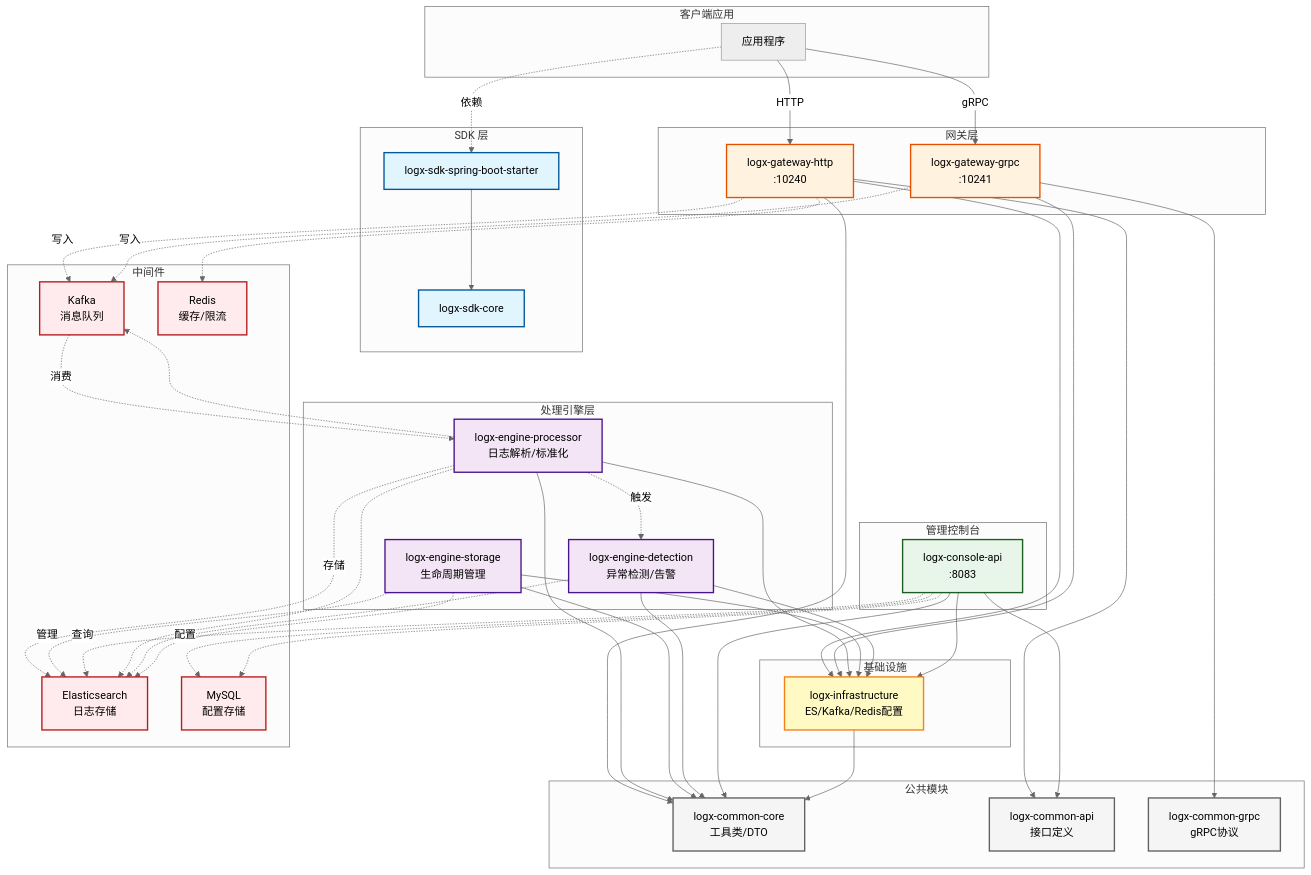
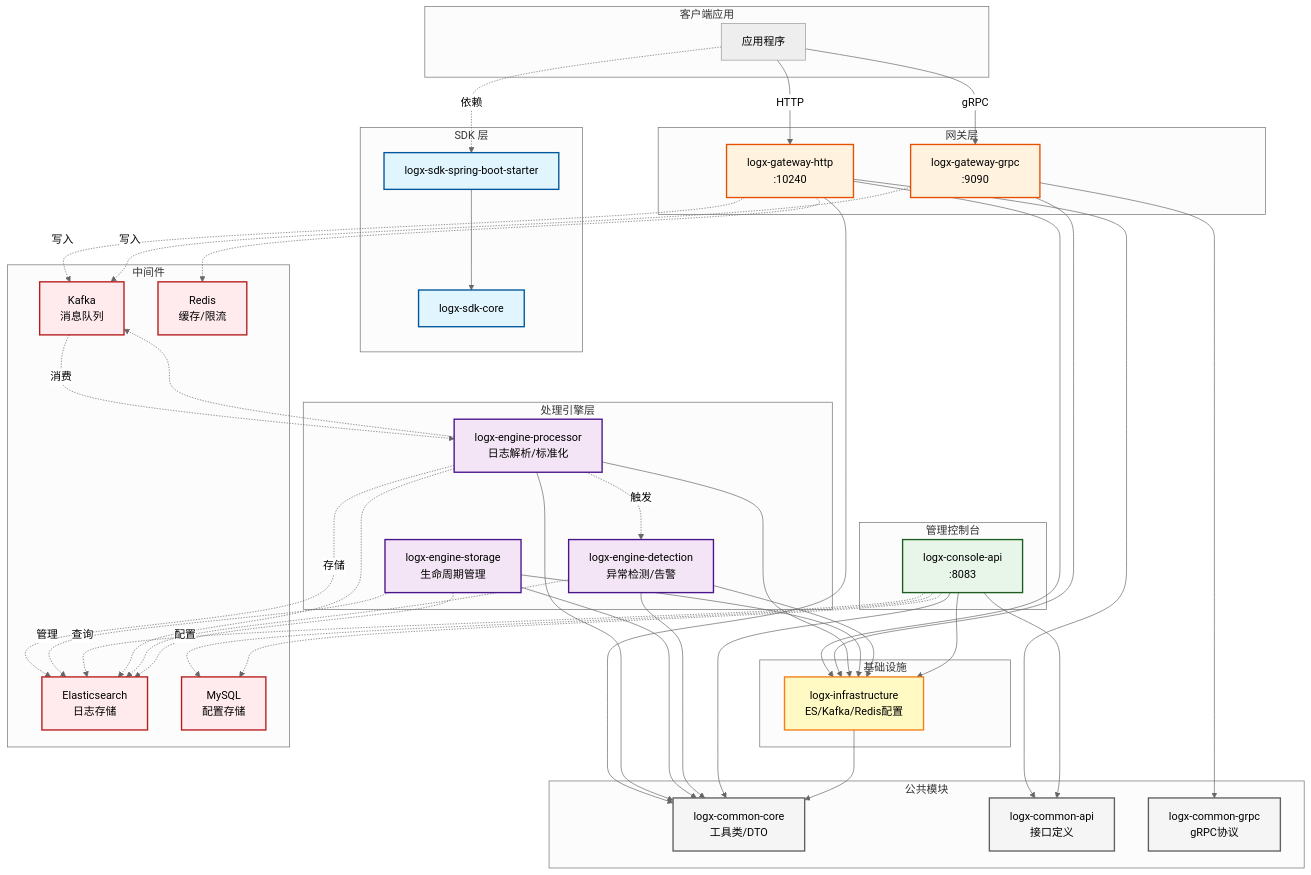
One commit to I-have-a/logx changed the diagram in scripts/logx-architecture.mermaid. Above: the diagram before and after it, drawn with Mermaid (neutral theme). The commit also changed 7 other files, not shown here.

```diff
--- a/scripts/logx-architecture.mermaid
+++ b/scripts/logx-architecture.mermaid
@@ -1,104 +1,104 @@
 graph TB
     subgraph "客户端应用"
         APP[应用程序]
     end
 
     subgraph "SDK 层"
         SDK_STARTER[logx-sdk-spring-boot-starter]
         SDK_CORE[logx-sdk-core]
         SDK_STARTER --> SDK_CORE
     end
 
     subgraph "网关层"
         GW_HTTP[logx-gateway-http<br/>:10240]
-        GW_GRPC[logx-gateway-grpc<br/>:10241]
+        GW_GRPC[logx-gateway-grpc<br/>:9090]
     end
 
     subgraph "处理引擎层"
         ENGINE_PROC[logx-engine-processor<br/>日志解析/标准化]
         ENGINE_STORAGE[logx-engine-storage<br/>生命周期管理]
         ENGINE_DETECT[logx-engine-detection<br/>异常检测/告警]
     end
 
     subgraph "管理控制台"
         CONSOLE[logx-console-api<br/>:8083]
     end
 
     subgraph "基础设施"
         INFRA[logx-infrastructure<br/>ES/Kafka/Redis配置]
     end
 
     subgraph "公共模块"
         COMMON_CORE[logx-common-core<br/>工具类/DTO]
         COMMON_API[logx-common-api<br/>接口定义]
         COMMON_GRPC[logx-common-grpc<br/>gRPC协议]
     end
 
     subgraph "中间件"
         KAFKA[Kafka<br/>消息队列]
         ES[Elasticsearch<br/>日志存储]
         REDIS[Redis<br/>缓存/限流]
         MYSQL[MySQL<br/>配置存储]
     end
 
     %% 应用集成
     APP -->|HTTP| GW_HTTP
     APP -->|gRPC| GW_GRPC
     APP -.->|依赖| SDK_STARTER
 
     %% 网关依赖
     GW_HTTP --> INFRA
     GW_HTTP --> COMMON_CORE
     GW_HTTP --> COMMON_API
     GW_GRPC --> INFRA
     GW_GRPC --> COMMON_GRPC
 
     %% 引擎依赖
     ENGINE_PROC --> INFRA
     ENGINE_PROC --> COMMON_CORE
     ENGINE_STORAGE --> INFRA
     ENGINE_STORAGE --> COMMON_CORE
     ENGINE_DETECT --> INFRA
     ENGINE_DETECT --> COMMON_CORE
 
     %% 控制台依赖
     CONSOLE --> INFRA
     CONSOLE --> COMMON_CORE
     CONSOLE --> COMMON_API
 
     %% 基础设施依赖
     INFRA --> COMMON_CORE
 
     %% 数据流
     GW_HTTP -.->|写入| KAFKA
     GW_GRPC -.->|写入| KAFKA
     KAFKA -.->|消费| ENGINE_PROC
     ENGINE_PROC -.->|存储| ES
     ENGINE_PROC -.->|触发| ENGINE_DETECT
     ENGINE_STORAGE -.->|管理| ES
     CONSOLE -.->|查询| ES
     CONSOLE -.->|配置| MYSQL
 
     %% 中间件依赖
     GW_HTTP -.-> REDIS
     ENGINE_PROC -.-> KAFKA
     ENGINE_PROC -.-> ES
     ENGINE_DETECT -.-> ES
     ENGINE_STORAGE -.-> ES
     CONSOLE -.-> MYSQL
 
     classDef sdkStyle fill:#e1f5ff,stroke:#01579b,stroke-width:2px
     classDef gatewayStyle fill:#fff3e0,stroke:#e65100,stroke-width:2px
     classDef engineStyle fill:#f3e5f5,stroke:#4a148c,stroke-width:2px
     classDef consoleStyle fill:#e8f5e9,stroke:#1b5e20,stroke-width:2px
     classDef infraStyle fill:#fff9c4,stroke:#f57f17,stroke-width:2px
     classDef commonStyle fill:#f5f5f5,stroke:#616161,stroke-width:2px
     classDef middlewareStyle fill:#ffebee,stroke:#b71c1c,stroke-width:2px
 
     class SDK_STARTER,SDK_CORE sdkStyle
     class GW_HTTP,GW_GRPC gatewayStyle
     class ENGINE_PROC,ENGINE_STORAGE,ENGINE_DETECT engineStyle
     class CONSOLE consoleStyle
     class INFRA infraStyle
     class COMMON_CORE,COMMON_API,COMMON_GRPC commonStyle
     class KAFKA,ES,REDIS,MYSQL middlewareStyle
```
